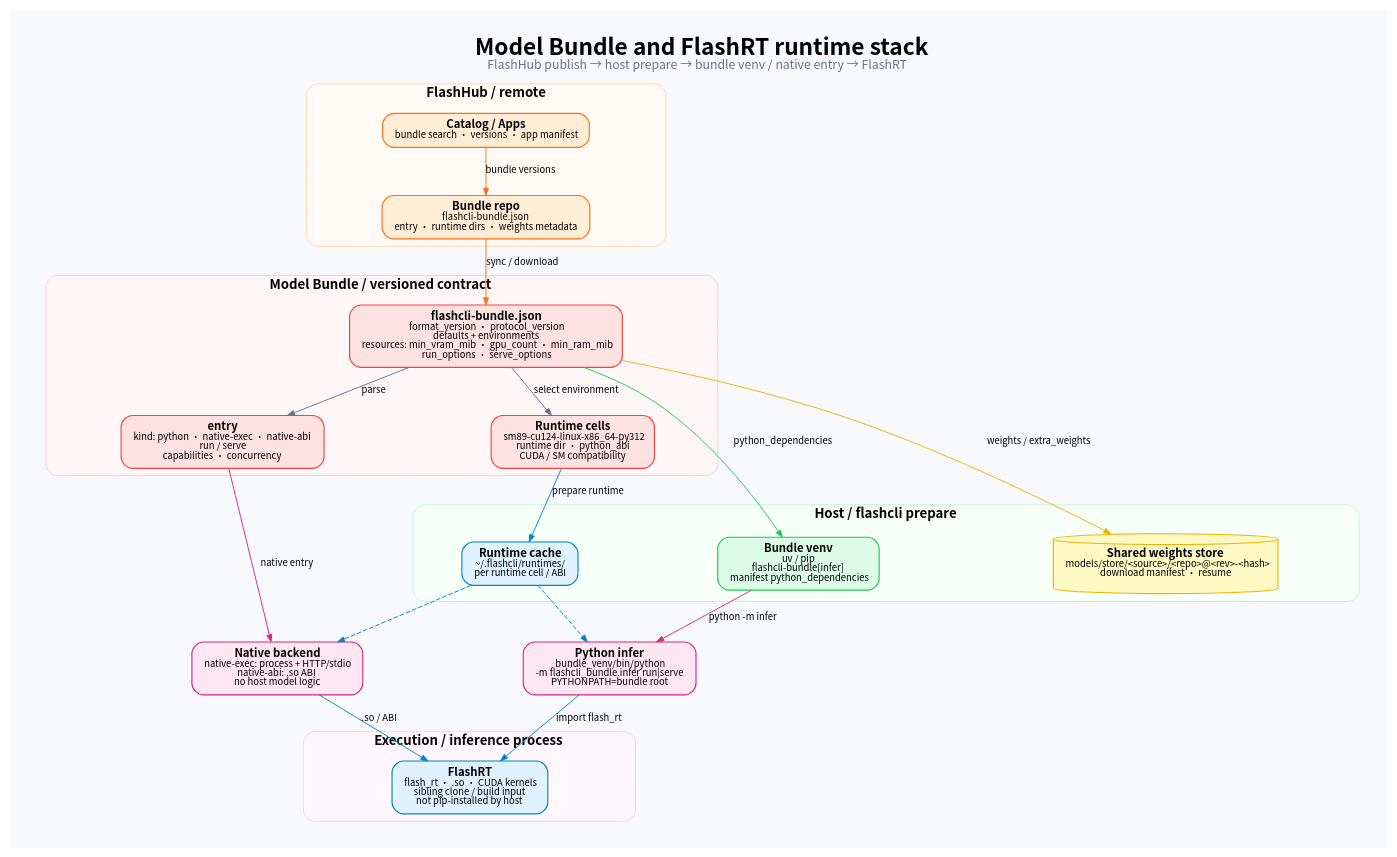
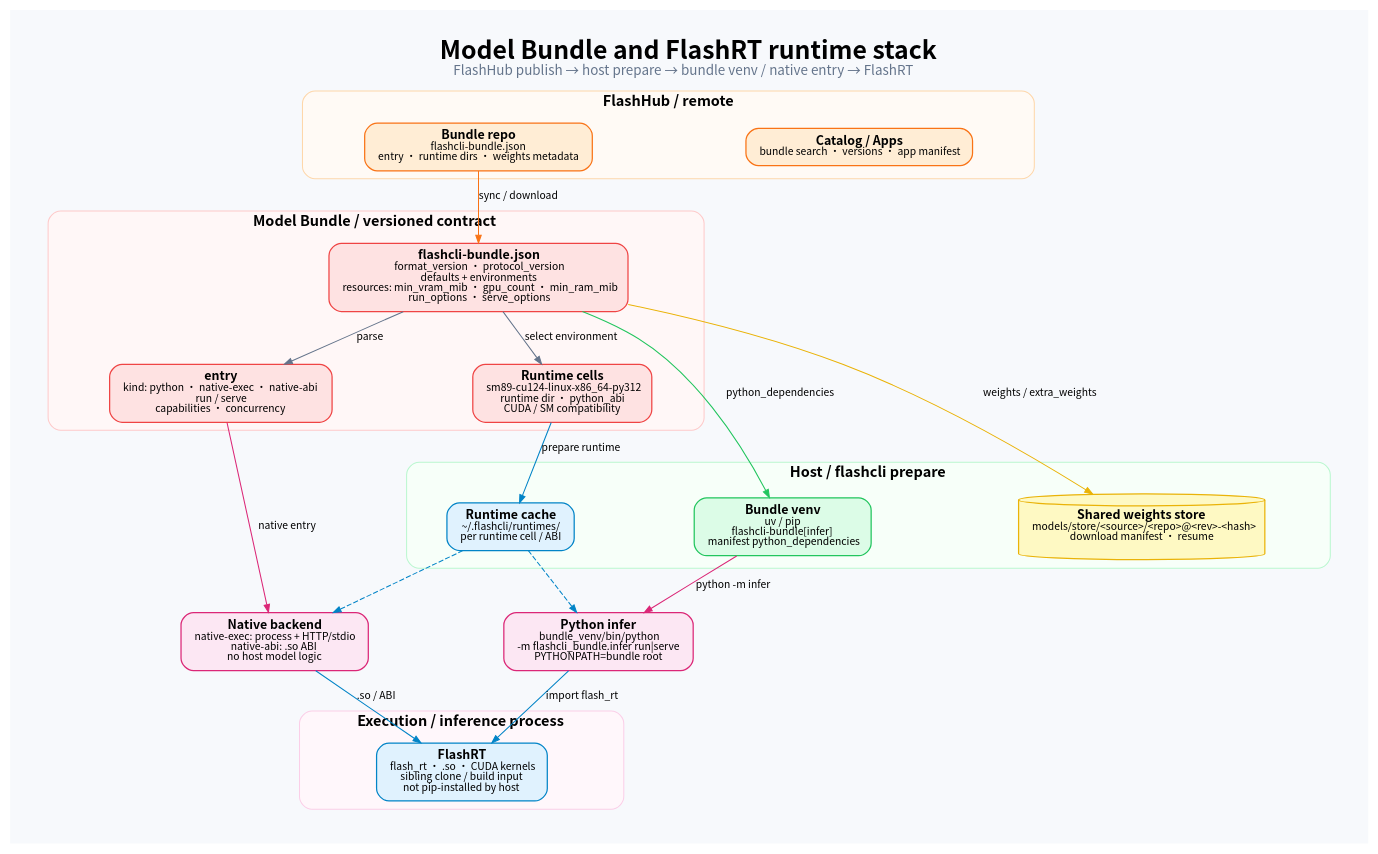
Before and after one commit to aodianyun/flashcli: the diagram in docs/images/bundle-runtime-stack.en.dot, drawn with Graphviz. The commit also changed 35 other files, not shown here.

First line of the commit message:
docs(architecture): refine diagram layout and fix stale relationships

```diff
--- a/docs/images/bundle-runtime-stack.en.dot
+++ b/docs/images/bundle-runtime-stack.en.dot
@@ -1,50 +1,49 @@
 digraph BundleRuntimeStackEN {
   graph [rankdir=TB, bgcolor="#f7f9fc", pad=0.35, nodesep=0.5, ranksep=0.55,
          fontname="Noto Sans CJK SC", fontsize=24, labelloc="t", size="16,9!", ratio=fill,
          label=<<B>Model Bundle and FlashRT runtime stack</B><BR/><FONT POINT-SIZE="13" COLOR="#64748b">FlashHub publish → host prepare → bundle venv / native entry → FlashRT</FONT>>];
   node [shape=box, style="rounded,filled", fontname="Noto Sans CJK SC",
         fontsize=12, margin="0.18,0.10", penwidth=1.2, color="#94a3b8"];
   edge [fontname="Noto Sans CJK SC", fontsize=10, color="#64748b", arrowsize=0.75];
 
   subgraph cluster_hub {
     label=<<B>FlashHub / remote</B>>; fontsize=14; color="#fed7aa"; style="rounded,filled"; fillcolor="#fffaf5";
     catalog [fillcolor="#ffedd5", color="#f97316", label=<<B>Catalog / Apps</B><BR/><FONT POINT-SIZE="10">bundle search · versions · app manifest</FONT>>];
     repo [fillcolor="#ffedd5", color="#f97316", label=<<B>Bundle repo</B><BR/><FONT POINT-SIZE="10">flashcli-bundle.json<BR/>entry · runtime dirs · weights metadata</FONT>>];
   }
 
   subgraph cluster_bundle {
     label=<<B>Model Bundle / versioned contract</B>>; fontsize=14; color="#fecaca"; style="rounded,filled"; fillcolor="#fff7f7";
     manifest [fillcolor="#fee2e2", color="#ef4444", label=<<B>flashcli-bundle.json</B><BR/><FONT POINT-SIZE="10">format_version · protocol_version<BR/>defaults + environments<BR/>resources: min_vram_mib · gpu_count · min_ram_mib<BR/>run_options · serve_options</FONT>>];
     entry [fillcolor="#fee2e2", color="#ef4444", label=<<B>entry</B><BR/><FONT POINT-SIZE="10">kind: python · native-exec · native-abi<BR/>run / serve<BR/>capabilities · concurrency</FONT>>];
     cells [fillcolor="#fee2e2", color="#ef4444", label=<<B>Runtime cells</B><BR/><FONT POINT-SIZE="10">sm89-cu124-linux-x86_64-py312<BR/>runtime dir · python_abi<BR/>CUDA / SM compatibility</FONT>>];
   }
 
   subgraph cluster_host {
     label=<<B>Host / flashcli prepare</B>>; fontsize=14; color="#bbf7d0"; style="rounded,filled"; fillcolor="#f7fff9";
     venv [fillcolor="#dcfce7", color="#22c55e", label=<<B>Bundle venv</B><BR/><FONT POINT-SIZE="10">uv / pip<BR/>flashcli-bundle[infer]<BR/>manifest python_dependencies</FONT>>];
     weights [shape=cylinder, fillcolor="#fef9c3", color="#eab308", label=<<B>Shared weights store</B><BR/><FONT POINT-SIZE="10">models/store/&lt;source&gt;/&lt;repo&gt;@&lt;rev&gt;-&lt;hash&gt;<BR/>download manifest · resume</FONT>>];
     runtime [fillcolor="#e0f2fe", color="#0284c7", label=<<B>Runtime cache</B><BR/><FONT POINT-SIZE="10">~/.flashcli/runtimes/<BR/>per runtime cell / ABI</FONT>>];
   }
 
   subgraph cluster_exec {
     label=<<B>Execution / inference process</B>>; fontsize=14; color="#fbcfe8"; style="rounded,filled"; fillcolor="#fff7fb";
     py [fillcolor="#fce7f3", color="#db2777", label=<<B>Python infer</B><BR/><FONT POINT-SIZE="10">bundle_venv/bin/python<BR/>-m flashcli_bundle.infer run|serve<BR/>PYTHONPATH=bundle root</FONT>>];
     native [fillcolor="#fce7f3", color="#db2777", label=<<B>Native backend</B><BR/><FONT POINT-SIZE="10">native-exec: process + HTTP/stdio<BR/>native-abi: .so ABI<BR/>no host model logic</FONT>>];
     flashrt [fillcolor="#e0f2fe", color="#0284c7", label=<<B>FlashRT</B><BR/><FONT POINT-SIZE="10">flash_rt · .so · CUDA kernels<BR/>sibling clone / build input<BR/>not pip-installed by host</FONT>>];
   }
 
-  catalog -> repo [label="bundle versions", color="#f97316"];
   repo -> manifest [label="sync / download", color="#f97316"];
   manifest -> entry [label="parse"];
   manifest -> cells [label="select environment"];
   manifest -> venv [label="python_dependencies", color="#22c55e"];
   manifest -> weights [label="weights / extra_weights", color="#eab308"];
   cells -> runtime [label="prepare runtime", color="#0284c7"];
   venv -> py [label="python -m infer", color="#db2777"];
   entry -> native [label="native entry", color="#db2777"];
   py -> flashrt [label="import flash_rt", color="#0284c7"];
   native -> flashrt [label=".so / ABI", color="#0284c7"];
   runtime -> py [style=dashed, color="#0284c7"];
   runtime -> native [style=dashed, color="#0284c7"];
   { rank=same; py; native; }
 }
```
